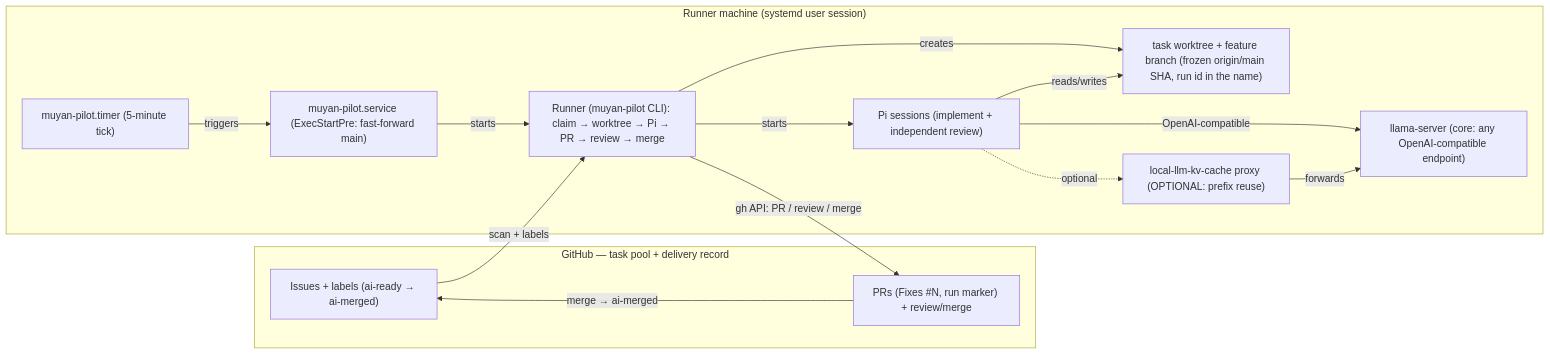
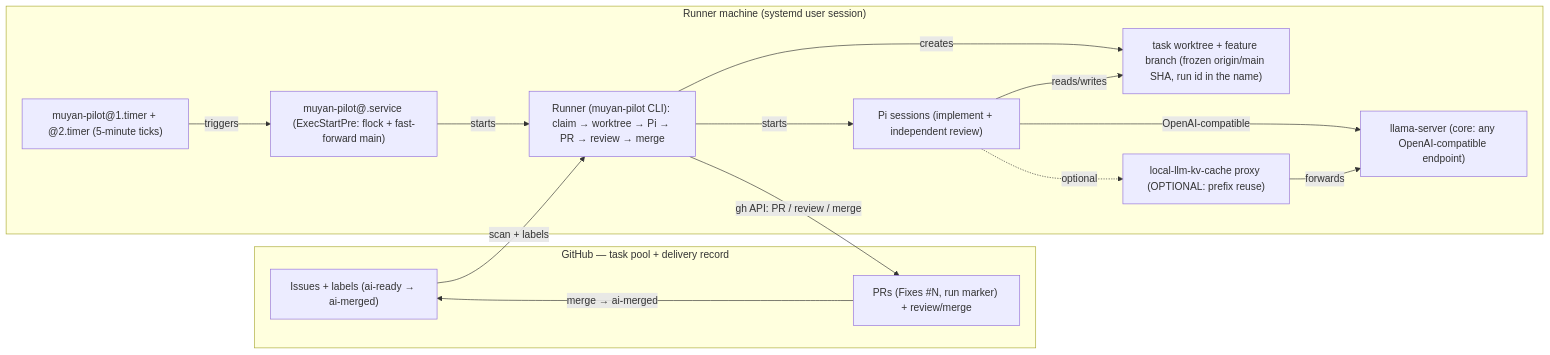
The diagram in docs/index.mdx (orbi-build/orbi), drawn with Mermaid before and after one commit. The commit also changed 30 other files, not shown here.

````diff
--- a/docs/index.mdx
+++ b/docs/index.mdx
@@ -11,27 +11,27 @@
 ```mermaid
 flowchart LR
   subgraph github["GitHub — task pool + delivery record"]
     issues["Issues + labels (ai-ready → ai-merged)"]
     prs["PRs (Fixes #N, run marker) + review/merge"]
   end
   subgraph machine["Runner machine (systemd user session)"]
-    timer["muyan-pilot.timer (5-minute tick)"]
-    service["muyan-pilot.service (ExecStartPre: fast-forward main)"]
+    timer["muyan-pilot@1.timer + @2.timer (5-minute ticks)"]
+    service["muyan-pilot@.service (ExecStartPre: flock + fast-forward main)"]
     runner["Runner (muyan-pilot CLI): claim → worktree → Pi → PR → review → merge"]
     worktree["task worktree + feature branch (frozen origin/main SHA, run id in the name)"]
     pi["Pi sessions (implement + independent review)"]
     model["llama-server (core: any OpenAI-compatible endpoint)"]
     proxy["local-llm-kv-cache proxy (OPTIONAL: prefix reuse)"]
   end
   issues -->|scan + labels| runner
   timer -->|triggers| service
   service -->|starts| runner
   runner -->|creates| worktree
   runner -->|starts| pi
   pi -->|reads/writes| worktree
   pi -->|OpenAI-compatible| model
   pi -.->|optional| proxy
   proxy -->|forwards| model
   runner -->|gh API: PR / review / merge| prs
   prs -->|merge → ai-merged| issues
 ```
````
